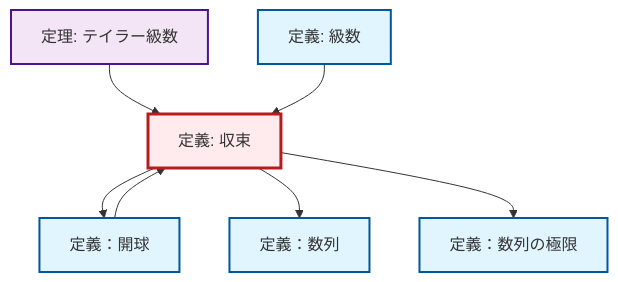
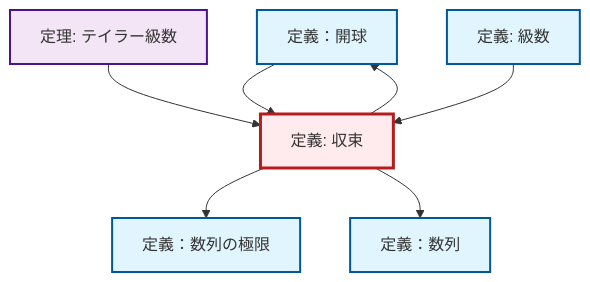
Before and after one commit to RK0429/ModernMath: the diagram in content/ja/analysis/def-convergence.qmd, drawn with Mermaid. The commit also changed other lines of this file and 1012 other files, not shown here.

````diff
--- a/content/ja/analysis/def-convergence.qmd
+++ b/content/ja/analysis/def-convergence.qmd
@@ -83,27 +83,27 @@
 ```{mermaid}
 %%| fig-cap: "Local dependency graph"
 graph TD
     classDef definition fill:#e1f5fe,stroke:#01579b,stroke-width:2px
     classDef theorem fill:#f3e5f5,stroke:#4a148c,stroke-width:2px
     classDef axiom fill:#fff3e0,stroke:#e65100,stroke-width:2px
     classDef example fill:#e8f5e9,stroke:#1b5e20,stroke-width:2px
     classDef current fill:#ffebee,stroke:#b71c1c,stroke-width:3px
     def-limit["定義：数列の極限"]:::definition
+    def-open-ball["定義：開球"]:::definition
     def-series["定義: 級数"]:::definition
+    def-convergence["定義: 収束"]:::definition
     def-sequence["定義：数列"]:::definition
-    def-convergence["定義: 収束"]:::definition
-    def-open-ball["定義：開球"]:::definition
     thm-taylor-series["定理: テイラー級数"]:::theorem
+    def-convergence --> def-open-ball
+    def-convergence --> def-limit
+    def-convergence --> def-sequence
+    def-open-ball --> def-convergence
     thm-taylor-series --> def-convergence
-    def-open-ball --> def-convergence
-    def-convergence --> def-open-ball
     def-series --> def-convergence
-    def-convergence --> def-sequence
-    def-convergence --> def-limit
     class def-convergence current
     click def-limit "def-limit.html" "定義：数列の極限へ"
+    click def-open-ball "def-open-ball.html" "定義：開球へ"
     click def-series "def-series.html" "級数の定義へ"
     click def-sequence "def-sequence.html" "定義：数列へ"
-    click def-open-ball "def-open-ball.html" "定義：開球へ"
     click thm-taylor-series "thm-taylor-series.html" "テイラー級数の定理へ"
 ```
````
